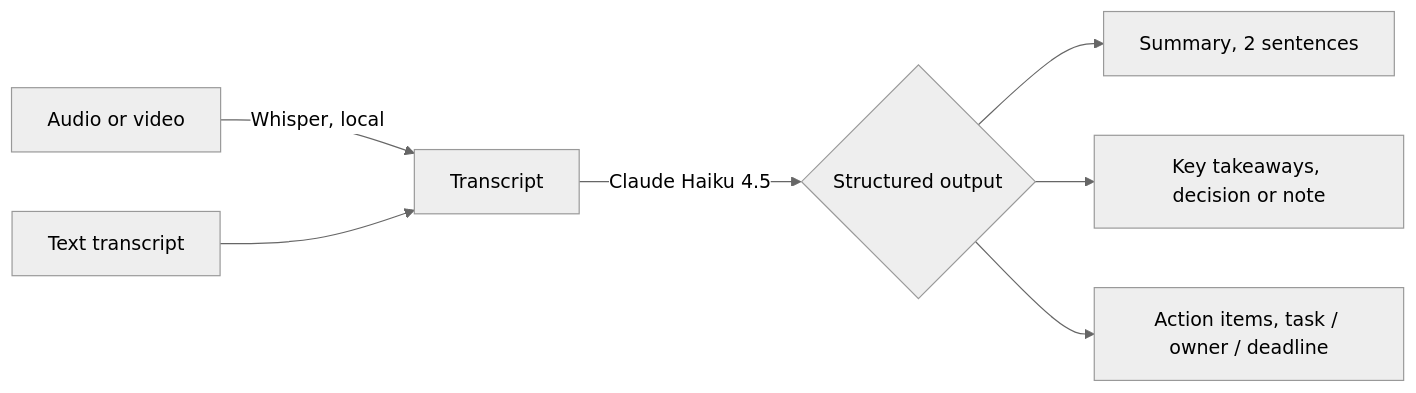
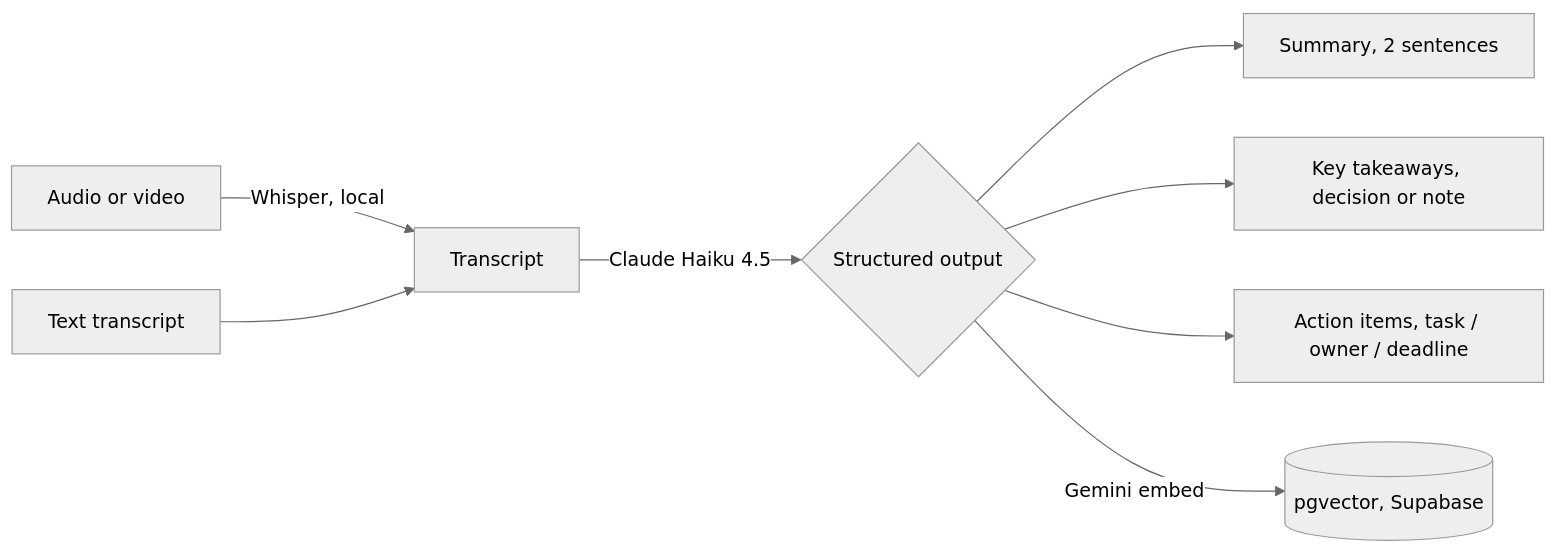
Before and after one commit to tono2002/nlp-project: the first of 2 diagrams in README.md, drawn with Mermaid (neutral theme). The commit also changed other lines of this file, not shown here.

````diff
--- a/README.md
+++ b/README.md
@@ -37,9 +42,10 @@
 ```mermaid
 flowchart LR
     A[Audio or video] -->|Whisper, local| B[Transcript]
     T[Text transcript] --> B
     B -->|Claude Haiku 4.5| C{Structured output}
     C --> D[Summary, 2 sentences]
     C --> E[Key takeaways, decision or note]
     C --> F[Action items, task / owner / deadline]
+    C -->|Gemini embed| G[(pgvector, Supabase)]
 ```
````
